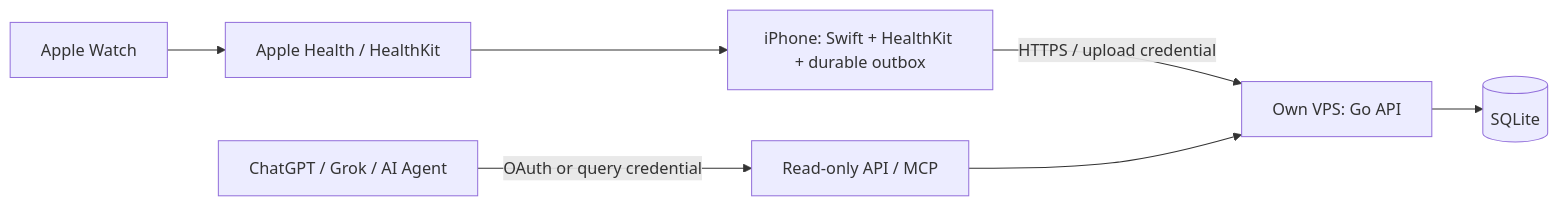
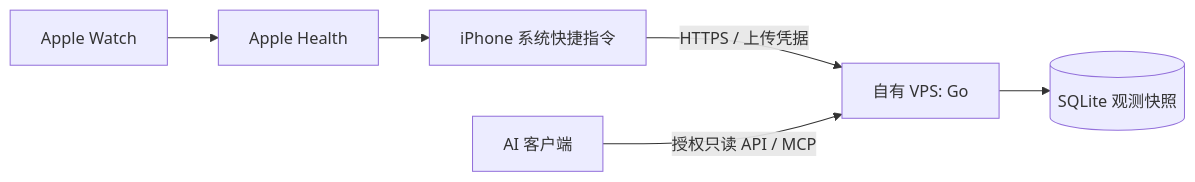
The diagram in README.md (atongrun/health-bridge), drawn with Mermaid before and after one commit. The commit also changed other lines of this file and 46 other files, not shown here.

````diff
--- a/README.md
+++ b/README.md
@@ -9,9 +9,8 @@
 ```mermaid
 flowchart LR
-  W[Apple Watch] --> H[Apple Health / HealthKit]
-  H --> I[iPhone: Swift + HealthKit + durable outbox]
-  I -->|HTTPS / upload credential| V[Own VPS: Go API]
-  V --> D[(SQLite)]
-  A[ChatGPT / Grok / AI Agent] -->|OAuth or query credential| Q[Read-only API / MCP]
-  Q --> V
+  W[Apple Watch] --> H[Apple Health]
+  H --> S[iPhone 系统快捷指令]
+  S -->|HTTPS / 上传凭据| V[自有 VPS: Go]
+  V --> DB[(SQLite 观测快照)]
+  AI[AI 客户端] -->|授权只读 API / MCP| V
 ```
````
